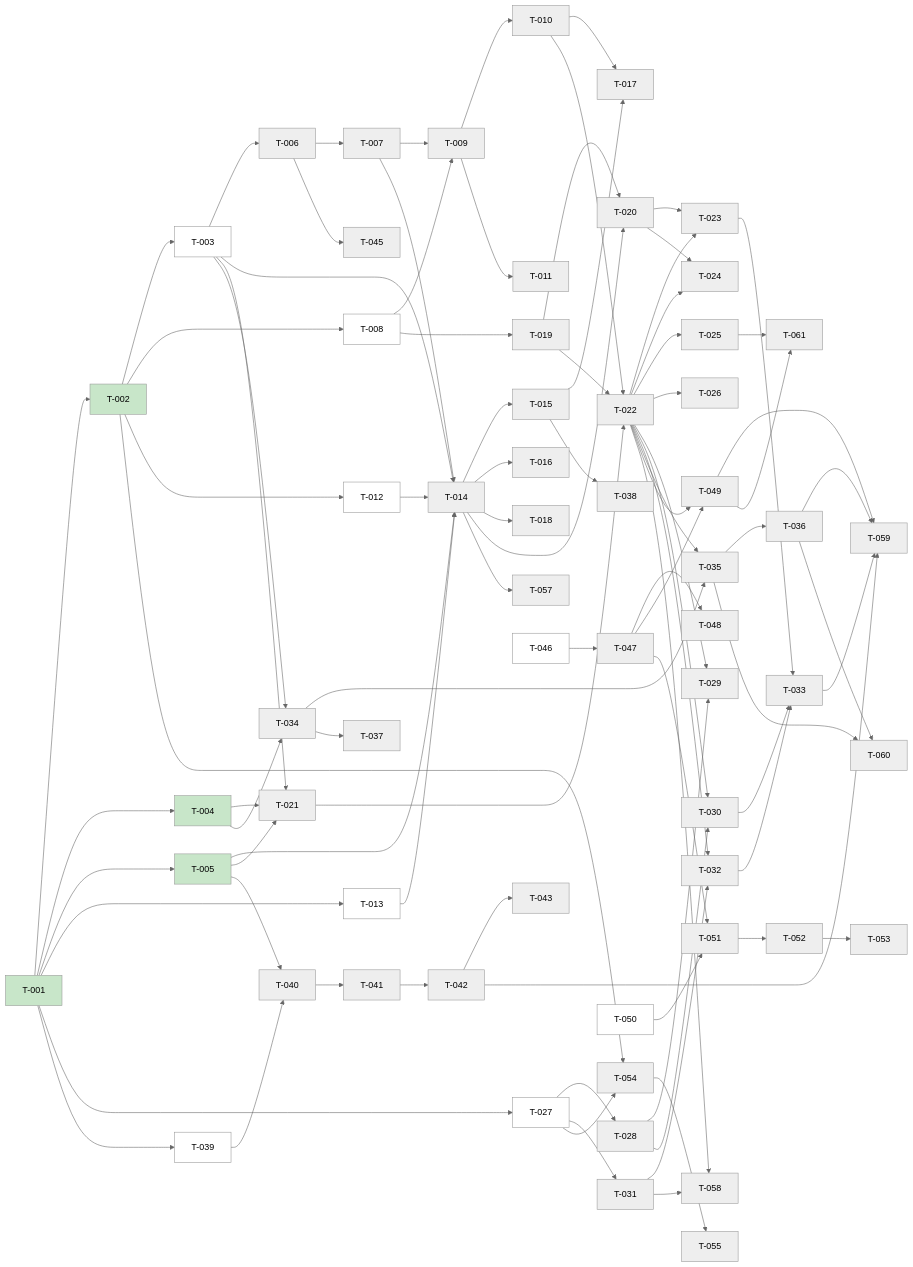
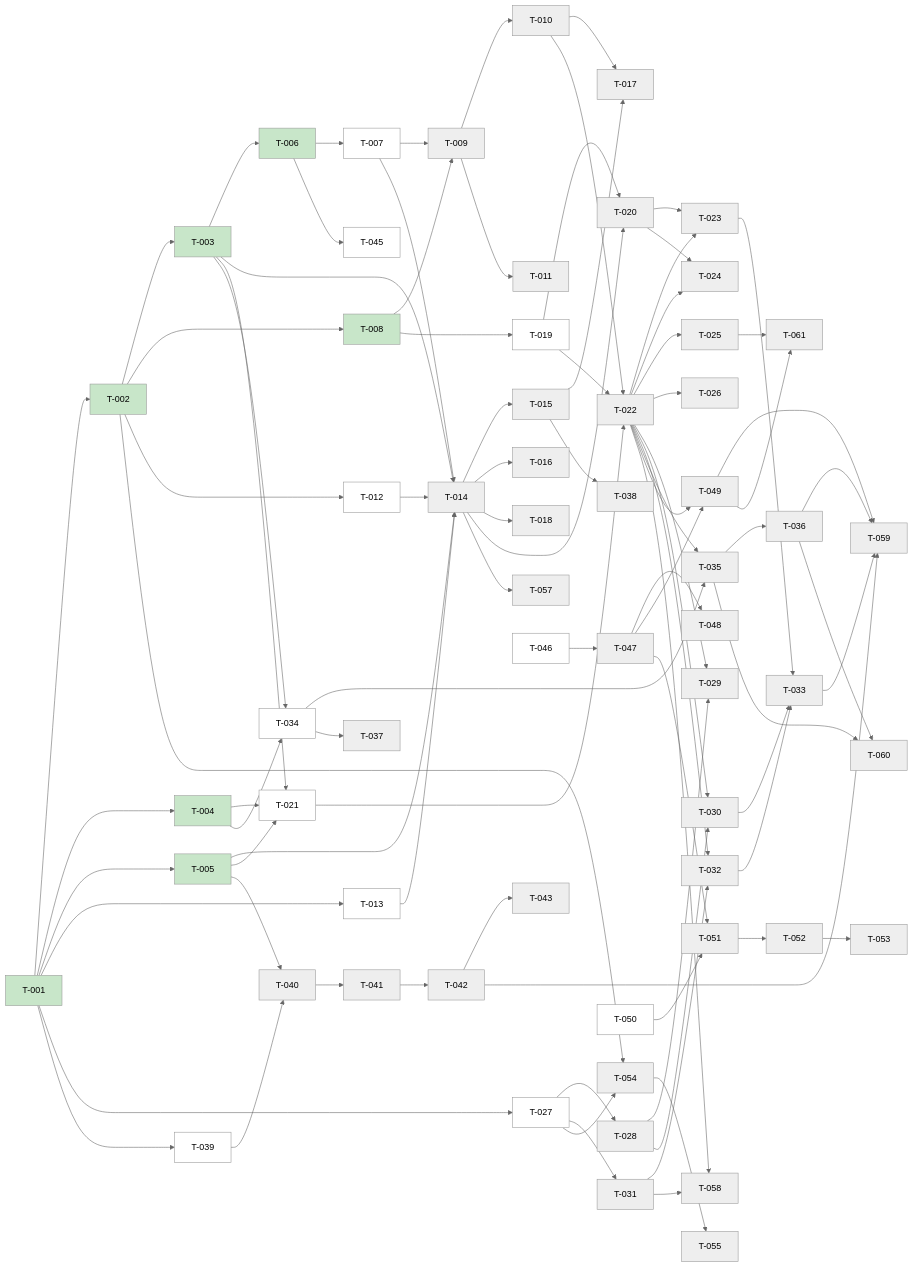
Before and after one commit to scholtz/biatec-chat: the diagram in kanban/BOARD.md, drawn with Mermaid (neutral theme). The commit also changed other lines of this file and 8 other files, not shown here.

````diff
--- a/kanban/BOARD.md
+++ b/kanban/BOARD.md
@@ -188,7 +188,7 @@
   classDef inprogress fill:#bbdefb
   classDef backlog fill:#ffffff
   classDef blocked fill:#eeeeee
-  class T001,T002,T004,T005 done
-  class T003,T008,T012,T013,T027,T039,T044,T046,T050,T056 backlog
-  class T006,T007,T009,T010,T014,T015,T019,T020,T021,T022,T023,T040,T041,T042,T011,T017,T024,T028,T029,T030,T031,T032,T033,T034,T035,T036,T038,T047,T049,T055,T059,T016,T018,T025,T026,T037,T043,T048,T051,T052,T054,T045,T053,T057,T058,T060,T061 blocked
+  class T001,T002,T003,T004,T005,T006,T008 done
+  class T007,T012,T013,T019,T021,T027,T039,T034,T044,T046,T050,T056,T045 backlog
+  class T009,T010,T014,T015,T020,T022,T023,T040,T041,T042,T011,T017,T024,T028,T029,T030,T031,T032,T033,T035,T036,T038,T047,T049,T055,T059,T016,T018,T025,T026,T037,T043,T048,T051,T052,T054,T053,T057,T058,T060,T061 blocked
 ```
````
